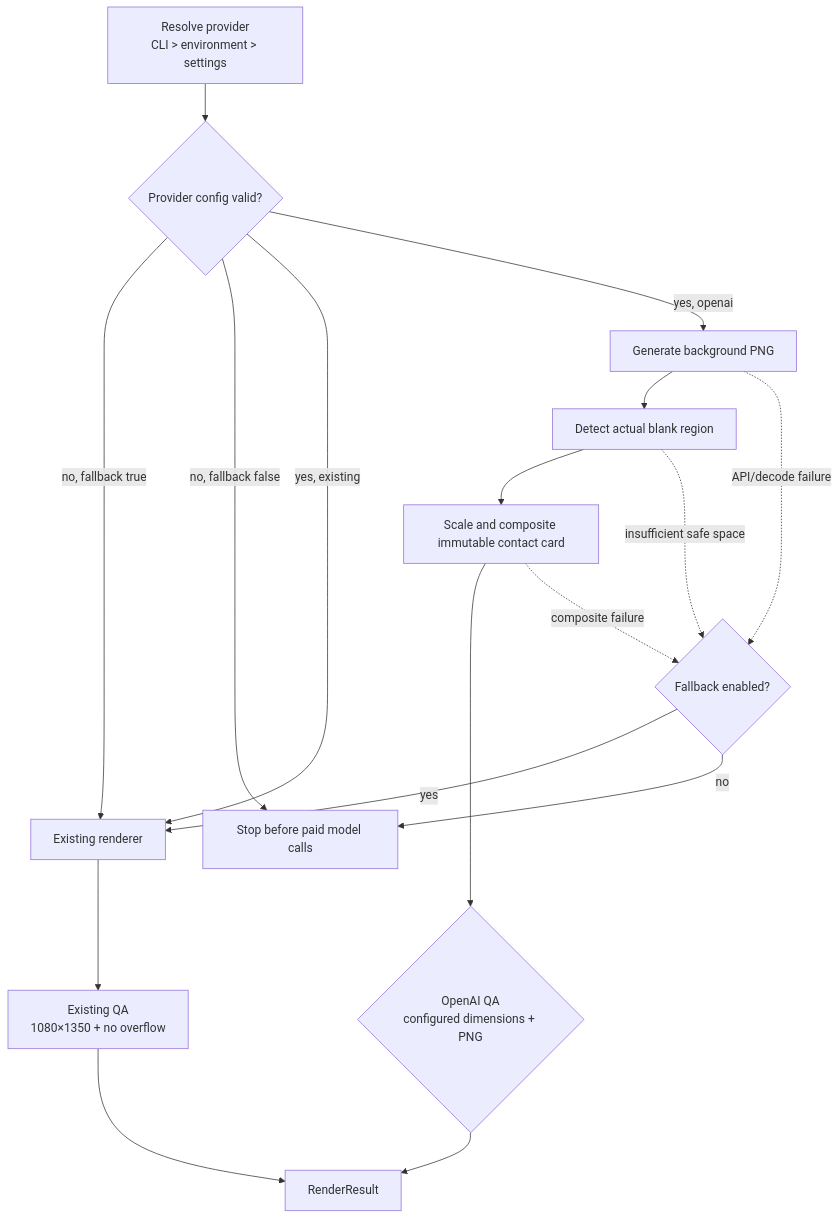
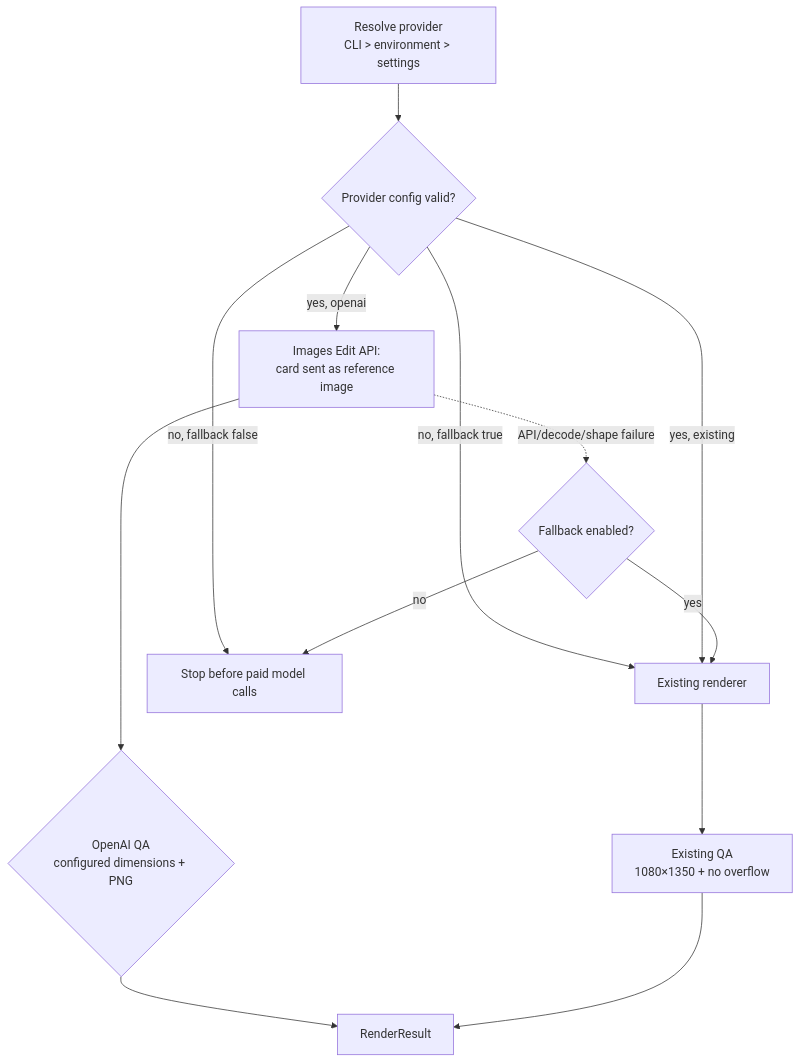
Before and after one commit to amfooladgar/leetcode-daily-cheatsheet: the third of 5 diagrams in ARCHITECTURE.md, drawn with Mermaid. The commit also changed other lines of this file and 12 other files, not shown here.

First line of the commit message:
feat: send contact card as an OpenAI reference image instead of compositing it

````diff
--- a/ARCHITECTURE.md
+++ b/ARCHITECTURE.md
@@ -377,19 +377,15 @@
 ```mermaid
 flowchart TD
     resolve["Resolve provider<br/>CLI > environment > settings"] --> preflight{"Provider config valid?"}
     preflight -->|no, fallback true| existing["Existing renderer"]
     preflight -->|no, fallback false| stop["Stop before paid model calls"]
     preflight -->|yes, existing| existing
-    preflight -->|yes, openai| generate["Generate background PNG"]
-    generate --> scan["Detect actual blank region"]
-    scan --> composite["Scale and composite immutable contact card"]
-    composite --> openaiQa{"OpenAI QA<br/>configured dimensions + PNG"}
-    generate -. "API/decode failure" .-> fallback{"Fallback enabled?"}
-    scan -. "insufficient safe space" .-> fallback
-    composite -. "composite failure" .-> fallback
+    preflight -->|yes, openai| generate["Images Edit API:<br/>card sent as reference image"]
+    generate --> openaiQa{"OpenAI QA<br/>configured dimensions + PNG"}
+    generate -. "API/decode/shape failure" .-> fallback{"Fallback enabled?"}
     fallback -->|yes| existing
     fallback -->|no| stop
     existing --> existingQa["Existing QA<br/>1080×1350 + no overflow"]
     openaiQa --> result["RenderResult"]
     existingQa --> result
 ```
````
